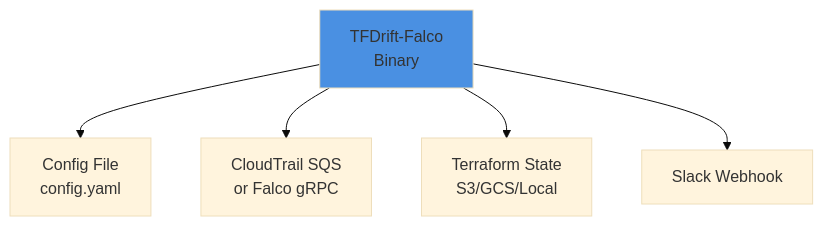
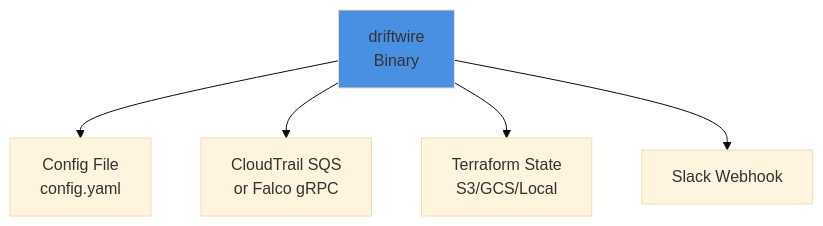
Before and after one commit to higakikeita/tfdrift-falco: the tenth of 13 diagrams in docs/architecture.md, drawn with Mermaid (base theme). The commit also changed other lines of this file and 448 other files, not shown here.

````diff
--- a/docs/architecture.md
+++ b/docs/architecture.md
@@ -879,9 +879,9 @@
 ```mermaid
 graph TB
-    A[TFDrift-Falco<br/>Binary] --> B[Config File<br/>config.yaml]
+    A[driftwire<br/>Binary] --> B[Config File<br/>config.yaml]
     A --> C[CloudTrail SQS<br/>or Falco gRPC]
     A --> D[Terraform State<br/>S3/GCS/Local]
     A --> E[Slack Webhook]
 
     style A fill:#4A90E2
 ```
````
